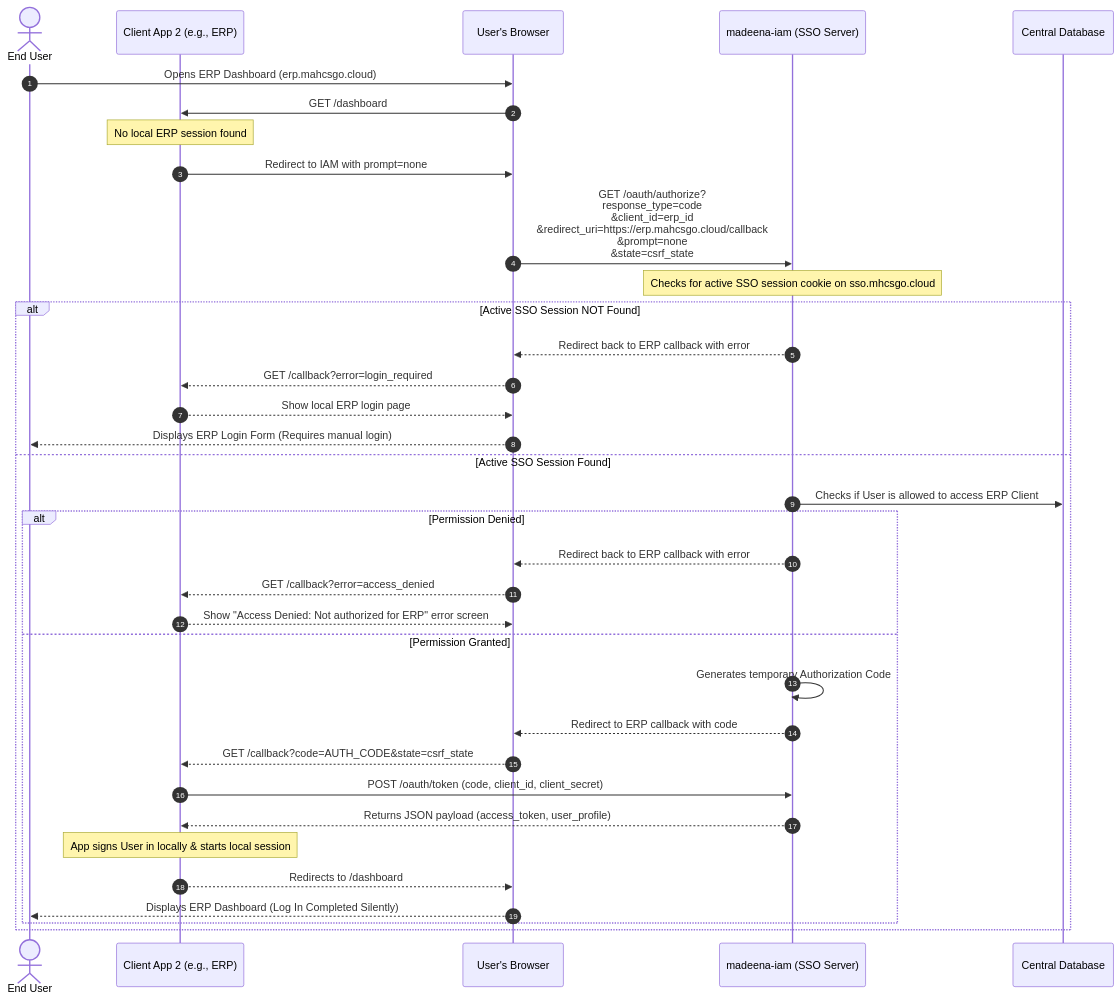
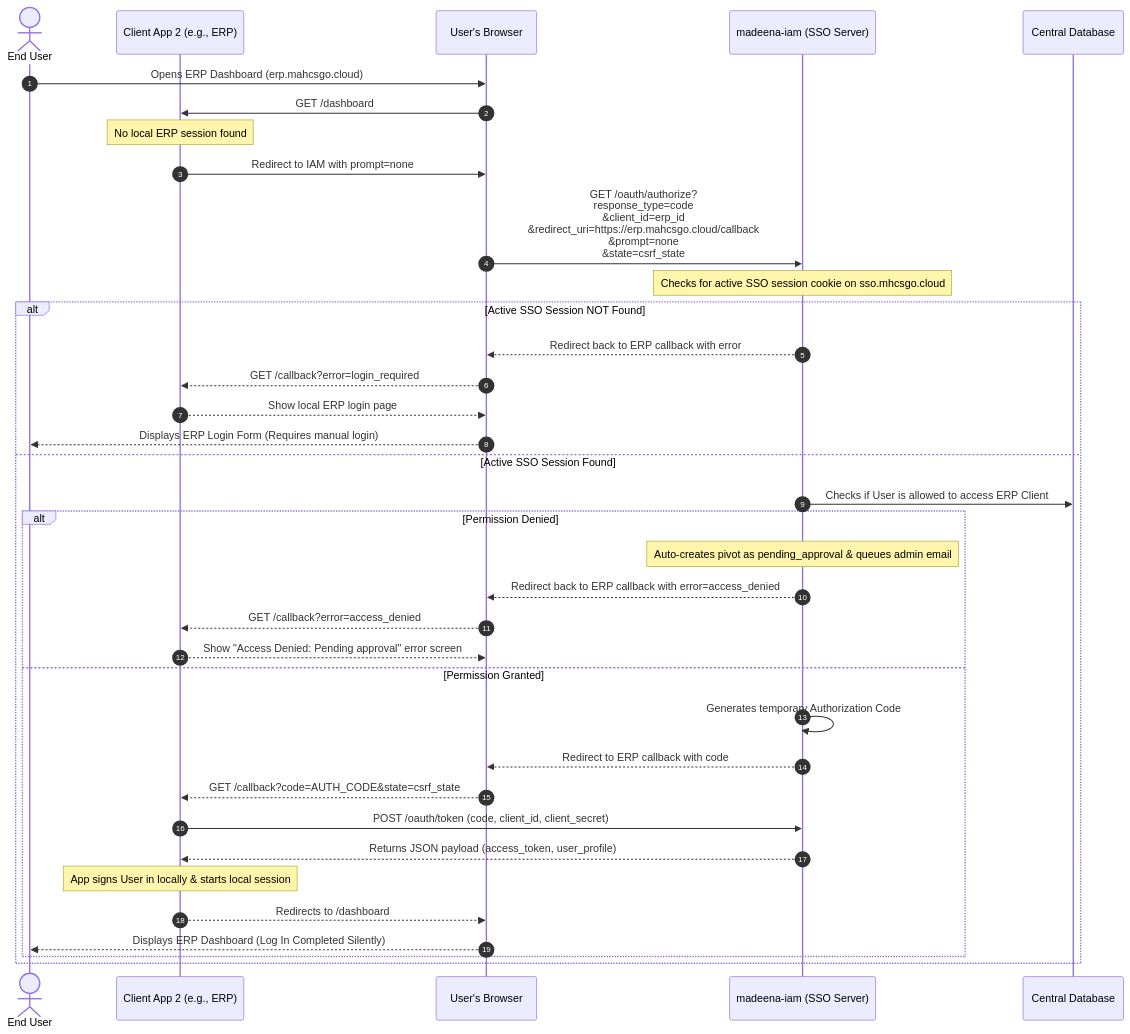
Before and after one commit to Madeena-software/madeena-iam: the third of 7 diagrams in docs/madeena_iam_prd.md, drawn with Mermaid. The commit also changed other lines of this file and 14 other files, not shown here.

Commit message:
feat: implement client user ID mapping, make pivot ID nullable, and add auto-approval notification flow

````diff
--- a/docs/madeena_iam_prd.md
+++ b/docs/madeena_iam_prd.md
@@ -201,44 +205,45 @@
 ```mermaid
 sequenceDiagram
     autonumber
     actor User as End User
     participant App as Client App 2 (e.g., ERP)
     participant Browser as User's Browser
     participant IAM as madeena-iam (SSO Server)
     participant DB as Central Database
 
     User->>Browser: Opens ERP Dashboard (erp.mahcsgo.cloud)
     Browser->>App: GET /dashboard
     Note over App: No local ERP session found
 
     %% Silent Authorization Redirect
     App->>Browser: Redirect to IAM with prompt=none
     Browser->>IAM: GET /oauth/authorize?<br>response_type=code<br>&client_id=erp_id<br>&redirect_uri=https://erp.mahcsgo.cloud/callback<br>&prompt=none<br>&state=csrf_state
 
     Note over IAM: Checks for active SSO session cookie on sso.mhcsgo.cloud
     
     alt Active SSO Session NOT Found
         IAM-->>Browser: Redirect back to ERP callback with error
         Browser-->>App: GET /callback?error=login_required
         App-->>Browser: Show local ERP login page
         Browser-->>User: Displays ERP Login Form (Requires manual login)
     else Active SSO Session Found
         IAM->>DB: Checks if User is allowed to access ERP Client
         alt Permission Denied
-            IAM-->>Browser: Redirect back to ERP callback with error
+            Note over IAM: Auto-creates pivot as pending_approval & queues admin email
+            IAM-->>Browser: Redirect back to ERP callback with error=access_denied
             Browser-->>App: GET /callback?error=access_denied
-            App-->>Browser: Show "Access Denied: Not authorized for ERP" error screen
+            App-->>Browser: Show "Access Denied: Pending approval" error screen
         else Permission Granted
             IAM->>IAM: Generates temporary Authorization Code
             IAM-->>Browser: Redirect to ERP callback with code
             Browser-->>App: GET /callback?code=AUTH_CODE&state=csrf_state
             
             %% Back-channel Token Exchange
             App->>IAM: POST /oauth/token (code, client_id, client_secret)
             IAM-->>App: Returns JSON payload (access_token, user_profile)
             Note over App: App signs User in locally & starts local session
             App-->>Browser: Redirects to /dashboard
             Browser-->>User: Displays ERP Dashboard (Log In Completed Silently)
         end
     end
 ```
````
